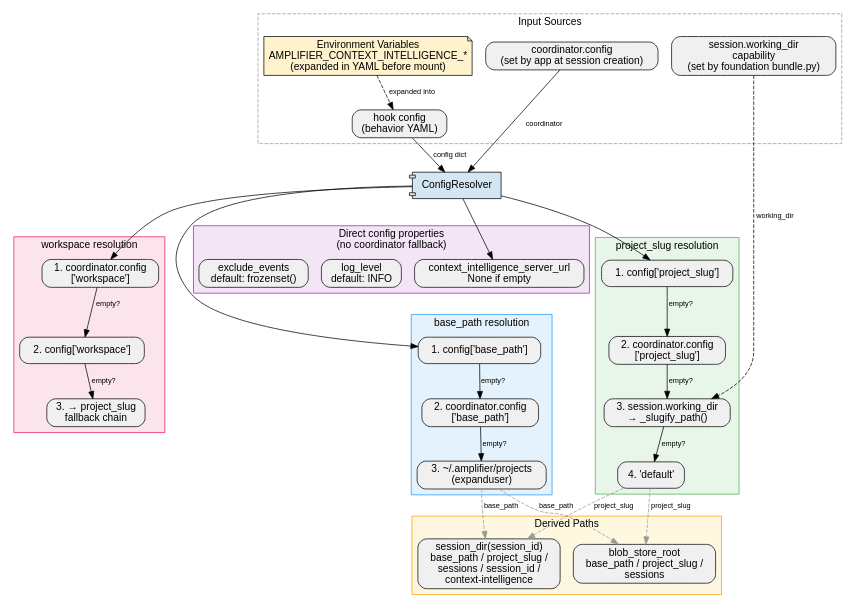
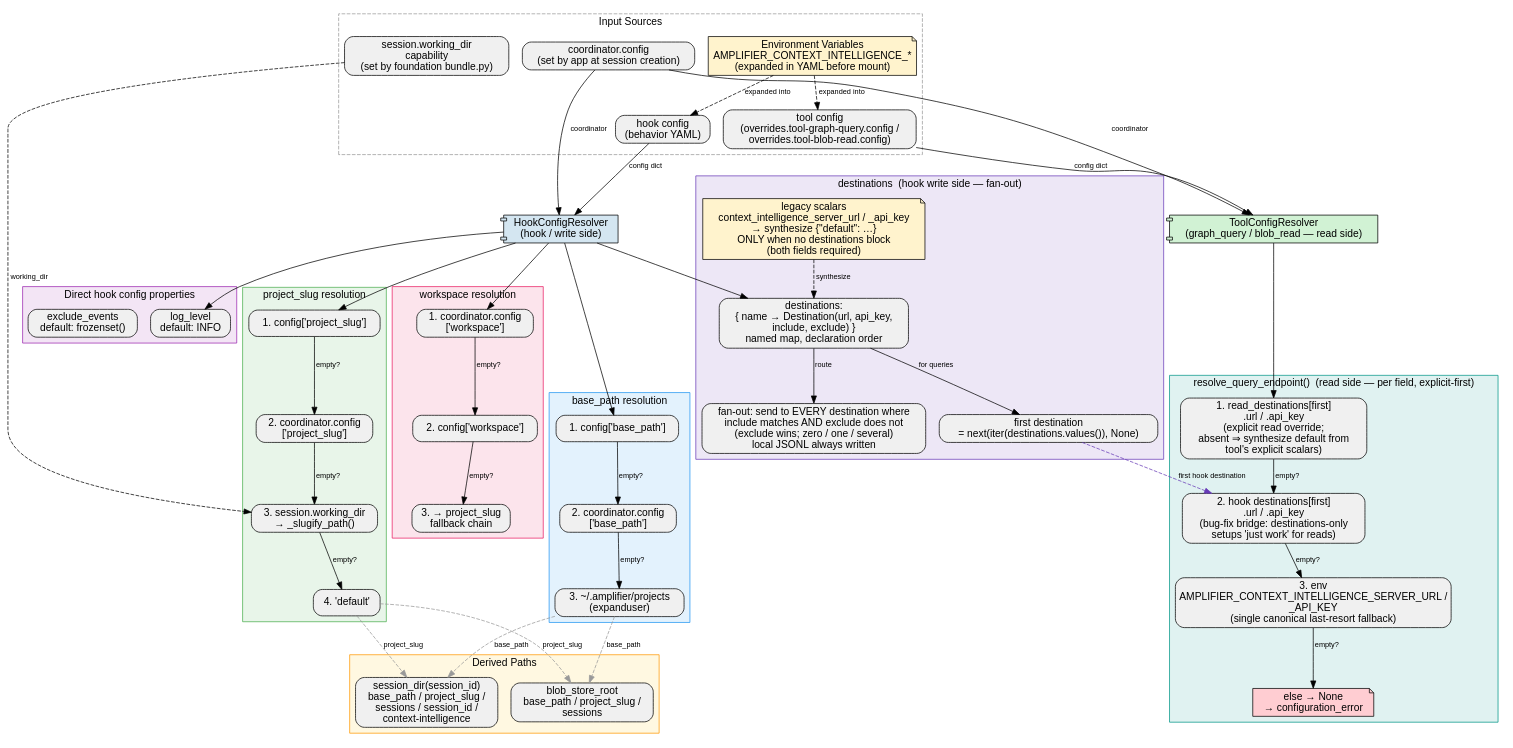
One commit to microsoft/amplifier-bundle-context-intelligence changed the diagram in context/config-resolution.dot. Above: the diagram before and after it, drawn with Graphviz. The commit also changed 20 other files, not shown here.

```diff
--- a/context/config-resolution.dot
+++ b/context/config-resolution.dot
@@ -1,118 +1,169 @@
-// ConfigResolver — lazy fallback chain for hook configuration values.
+// Config resolution — two resolvers, lazy fallback chains.
 //
-// Each property is resolved on first access and cached.
-// Empty strings in config are treated as absent and fall through
-// to the next source in the chain (standard or-chain falsy semantics).
+//   HookConfigResolver  (write/upload side)  — owns workspace, paths, and the
+//                        `destinations` fan-out map.
+//   ToolConfigResolver  (read/query side)    — used by the graph_query and
+//                        blob_read tools; resolves the query endpoint via
+//                        resolve_query_endpoint(), EXPLICIT-READ-CONFIG FIRST,
+//                        then falling back to the first hook destination, then env.
+//
+// Each value is resolved on first access and cached. Empty strings are treated
+// as absent and fall through to the next source (or-chain falsy semantics).
 //
 // Render: dot -Tsvg config-resolution.dot -o config-resolution.svg
 
-digraph ConfigResolver {
+digraph ConfigResolution {
     rankdir=TB;
     fontname="Helvetica";
     node [fontname="Helvetica", shape=box, style="rounded,filled", fillcolor="#f0f0f0"];
     edge [fontname="Helvetica", fontsize=10];
 
-    // --- Central node ---
-    resolver [label="ConfigResolver", shape=component, fillcolor="#d4e6f1", style="filled"];
+    // --- Central nodes ---
+    hook_resolver [label="HookConfigResolver\n(hook / write side)", shape=component, fillcolor="#d4e6f1", style="filled"];
+    tool_resolver [label="ToolConfigResolver\n(graph_query / blob_read — read side)", shape=component, fillcolor="#d1f2d4", style="filled"];
 
     // --- Input sources ---
     subgraph cluster_inputs {
         label="Input Sources";
         style=dashed;
         color="#999999";
 
         hook_config [label="hook config\n(behavior YAML)"];
+        tool_config [label="tool config\n(overrides.tool-graph-query.config /\n overrides.tool-blob-read.config)"];
         coord_config [label="coordinator.config\n(set by app at session creation)"];
         session_cap [label="session.working_dir\ncapability\n(set by foundation bundle.py)"];
         env_vars [label="Environment Variables\nAMPLIFIER_CONTEXT_INTELLIGENCE_*\n(expanded in YAML before mount)", shape=note, fillcolor="#fff3cd"];
     }
 
     env_vars -> hook_config [label="expanded into", style=dashed];
+    env_vars -> tool_config [label="expanded into", style=dashed];
 
-    // --- project_slug resolution ---
+    // --- project_slug resolution (hook) ---
     subgraph cluster_project_slug {
         label="project_slug resolution";
         style=filled;
         fillcolor="#e8f5e9";
         color="#4caf50";
 
         ps_config [label="1. config['project_slug']"];
         ps_coord [label="2. coordinator.config\n['project_slug']"];
         ps_working_dir [label="3. session.working_dir\n→ _slugify_path()"];
         ps_default [label="4. 'default'"];
 
         ps_config -> ps_coord [label="empty?"];
         ps_coord -> ps_working_dir [label="empty?"];
         ps_working_dir -> ps_default [label="empty?"];
     }
 
-    // --- base_path resolution ---
+    // --- base_path resolution (hook) ---
     subgraph cluster_base_path {
         label="base_path resolution";
         style=filled;
         fillcolor="#e3f2fd";
         color="#2196f3";
 
         bp_config [label="1. config['base_path']"];
         bp_coord [label="2. coordinator.config\n['base_path']"];
         bp_default [label="3. ~/.amplifier/projects\n(expanduser)"];
 
         bp_config -> bp_coord [label="empty?"];
         bp_coord -> bp_default [label="empty?"];
     }
 
-    // --- workspace resolution ---
+    // --- workspace resolution (hook) ---
     subgraph cluster_workspace {
         label="workspace resolution";
         style=filled;
         fillcolor="#fce4ec";
         color="#e91e63";
 
         ws_coord [label="1. coordinator.config\n['workspace']"];
         ws_config [label="2. config['workspace']"];
         ws_slug [label="3. → project_slug\nfallback chain"];
 
         ws_coord -> ws_config [label="empty?"];
         ws_config -> ws_slug [label="empty?"];
     }
 
-    // --- Simple properties (no fallback chain) ---
+    // --- destinations: the hook's named server map (write / fan-out) ---
+    subgraph cluster_destinations {
+        label="destinations  (hook write side — fan-out)";
+        style=filled;
+        fillcolor="#ede7f6";
+        color="#673ab7";
+
+        dst_map [label="destinations:\n{ name → Destination(url, api_key,\n include, exclude) }\nnamed map, declaration order"];
+        dst_legacy [label="legacy scalars\ncontext_intelligence_server_url / _api_key\n→ synthesize {\"default\": …}\nONLY when no destinations block\n(both fields required)", shape=note, fillcolor="#fff3cd"];
+        dst_fanout [label="fan-out: send to EVERY destination where\ninclude matches AND exclude does not\n(exclude wins; zero / one / several)\nlocal JSONL always written"];
+        dst_first [label="first destination\n= next(iter(destinations.values()), None)"];
+
+        dst_legacy -> dst_map [label="synthesize", style=dashed];
+        dst_map -> dst_fanout [label="route"];
+        dst_map -> dst_first [label="for queries"];
+    }
+
+    // --- Simple hook properties (no coordinator fallback) ---
     subgraph cluster_simple {
-        label="Direct config properties\n(no coordinator fallback)";
+        label="Direct hook config properties";
         style=filled;
         fillcolor="#f3e5f5";
         color="#9c27b0";
 
-        server_url [label="context_intelligence_server_url\nNone if empty"];
         log_level [label="log_level\ndefault: INFO"];
         exclude [label="exclude_events\ndefault: frozenset()"];
     }
 
-    // --- Derived paths ---
+    // --- Derived paths (hook) ---
     subgraph cluster_derived {
         label="Derived Paths";
         style=filled;
         fillcolor="#fff8e1";
         color="#ff9800";
 
         session_dir [label="session_dir(session_id)\nbase_path / project_slug /\nsessions / session_id /\ncontext-intelligence"];
         blob_root [label="blob_store_root\nbase_path / project_slug /\nsessions"];
     }
 
-    // --- Edges from resolver ---
-    resolver -> ps_config [lhead=cluster_project_slug];
-    resolver -> bp_config [lhead=cluster_base_path];
-    resolver -> ws_coord [lhead=cluster_workspace];
-    resolver -> server_url [lhead=cluster_simple];
+    // --- Query endpoint resolution (read side, ToolConfigResolver) ---
+    // resolve_query_endpoint(hook_resolver, tool_resolver): per-field, EXPLICIT-FIRST.
+    subgraph cluster_query {
+        label="resolve_query_endpoint()  (read side — per field, explicit-first)";
+        style=filled;
+        fillcolor="#e0f2f1";
+        color="#009688";
 
-    hook_config -> resolver [label="config dict"];
-    coord_config -> resolver [label="coordinator"];
+        q1 [label="1. read_destinations[first]\n.url / .api_key\n(explicit read override;\n absent ⇒ synthesize default from\n tool's explicit scalars)"];
+        q2 [label="2. hook destinations[first]\n.url / .api_key\n(bug-fix bridge: destinations-only\n setups 'just work' for reads)"];
+        q3 [label="3. env\nAMPLIFIER_CONTEXT_INTELLIGENCE_SERVER_URL /\n_API_KEY\n(single canonical last-resort fallback)"];
+        q_none [label="else → None\n→ configuration_error", shape=note, fillcolor="#ffcdd2"];
+
+        q1 -> q2 [label="empty?"];
+        q2 -> q3 [label="empty?"];
+        q3 -> q_none [label="empty?"];
+    }
+
+    // --- Edges from the hook resolver ---
+    hook_resolver -> ps_config [lhead=cluster_project_slug];
+    hook_resolver -> bp_config [lhead=cluster_base_path];
+    hook_resolver -> ws_coord [lhead=cluster_workspace];
+    hook_resolver -> dst_map [lhead=cluster_destinations];
+    hook_resolver -> log_level [lhead=cluster_simple];
+
+    hook_config -> hook_resolver [label="config dict"];
+    coord_config -> hook_resolver [label="coordinator"];
     session_cap -> ps_working_dir [label="working_dir", style=dashed];
+
+    // --- Edges from the tool resolver ---
+    tool_resolver -> q1 [lhead=cluster_query];
+    tool_config -> tool_resolver [label="config dict"];
+    coord_config -> tool_resolver [label="coordinator"];
+    // tier 2 reads the hook's first destination (shared model)
+    dst_first -> q2 [style=dashed, label="first hook destination", color="#673ab7"];
 
     // --- Derived path dependencies ---
     ps_default -> session_dir [style=dashed, label="project_slug", color="#999999"];
     bp_default -> session_dir [style=dashed, label="base_path", color="#999999"];
     ps_default -> blob_root [style=dashed, label="project_slug", color="#999999"];
     bp_default -> blob_root [style=dashed, label="base_path", color="#999999"];
     ws_slug -> ws_coord [style=invis]; // layout hint
 }
```
